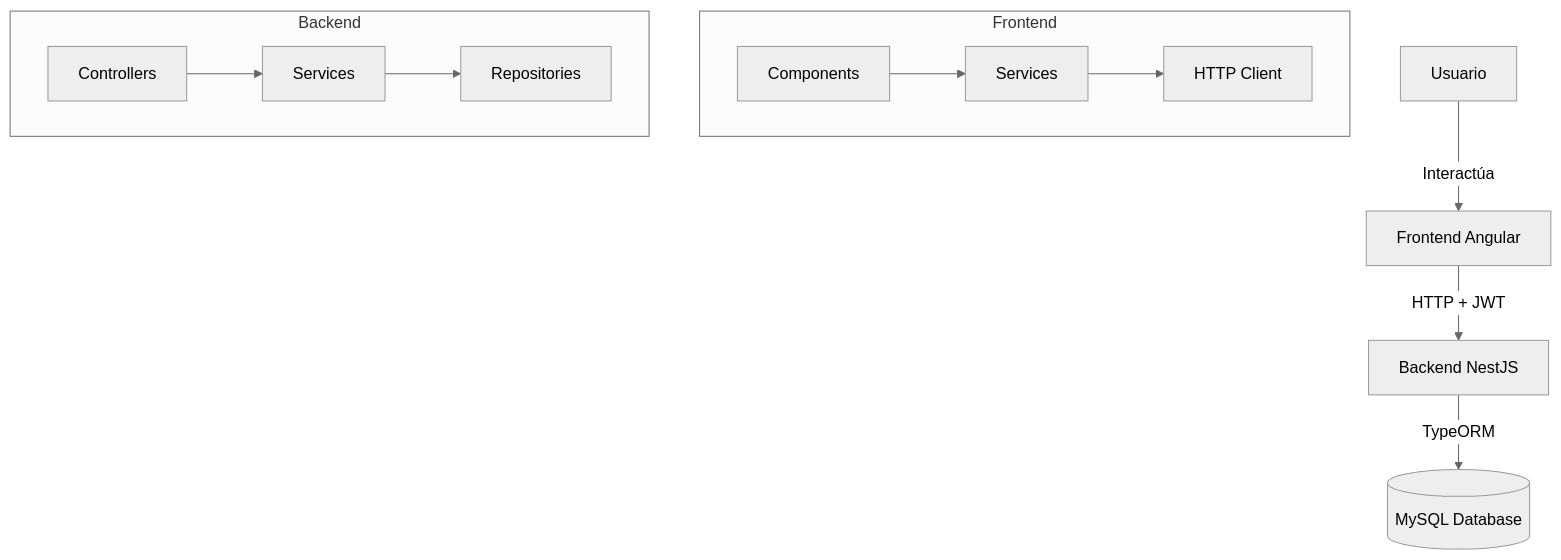
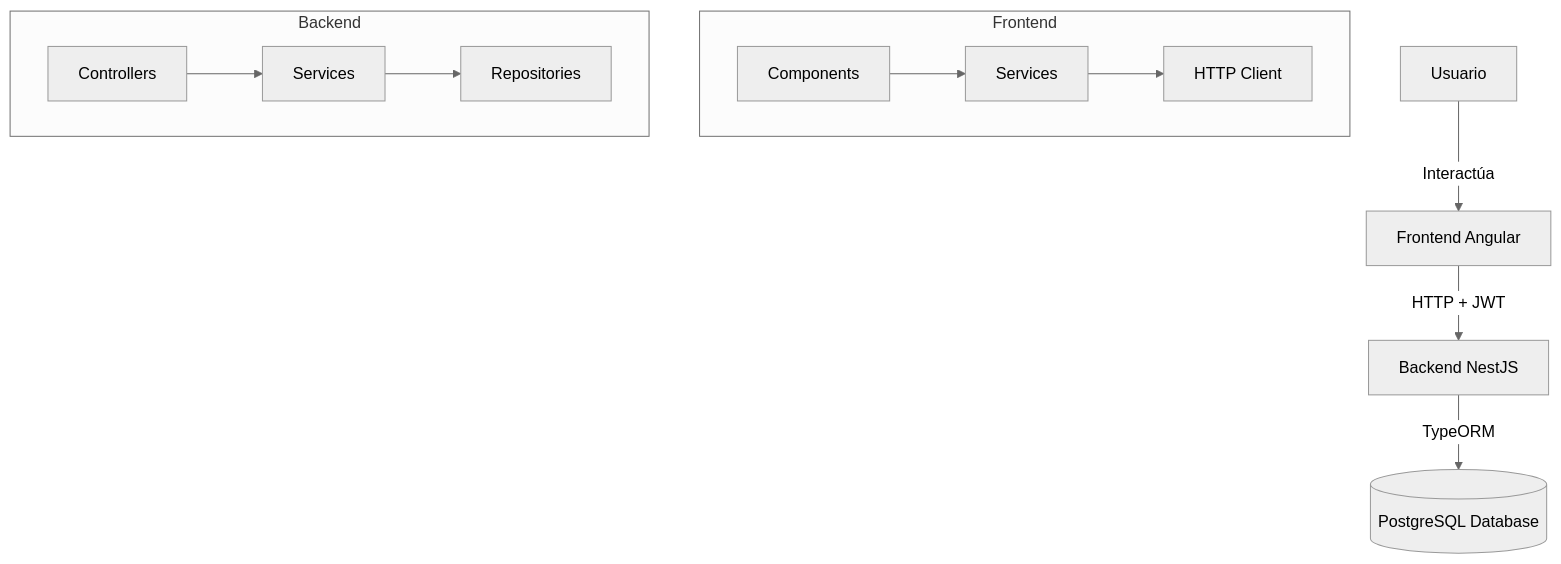
Before and after one commit to acp95/sistema-cementerio: the first of 2 diagrams in ARCHITECTURE.md, drawn with Mermaid (neutral theme). The commit also changed other lines of this file and 64 other files, not shown here.

````diff
--- a/ARCHITECTURE.md
+++ b/ARCHITECTURE.md
@@ -132,16 +112,16 @@
 ```mermaid
 graph TD
     A[Usuario] -->|Interactúa| B[Frontend Angular]
     B -->|HTTP + JWT| C[Backend NestJS]
-    C -->|TypeORM| D[(MySQL Database)]
+    C -->|TypeORM| D[(PostgreSQL Database)]
     
     subgraph Frontend
         B1[Components] --> B2[Services]
         B2 --> B3[HTTP Client]
     end
     
     subgraph Backend
         C1[Controllers] --> C2[Services]
         C2 --> C3[Repositories]
     end
 ```
````
